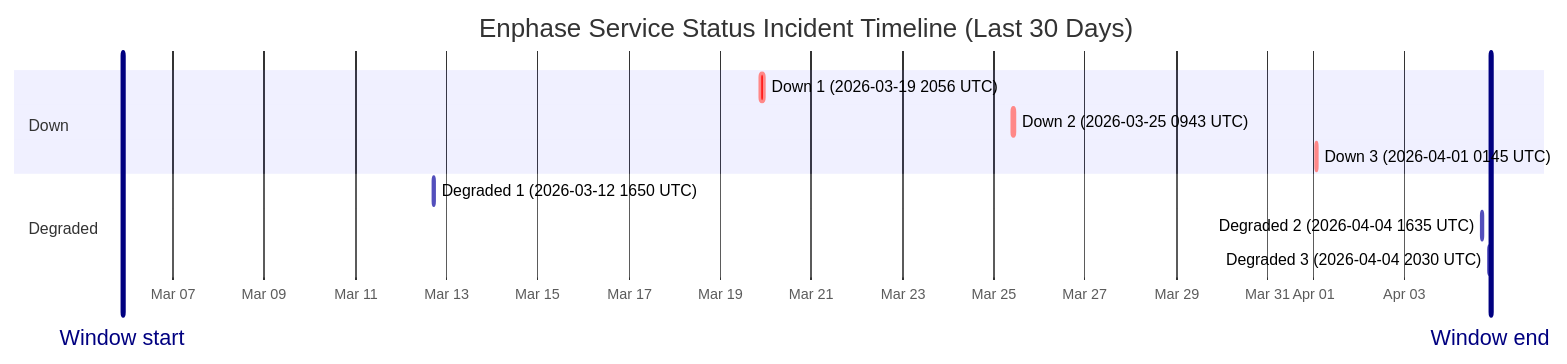
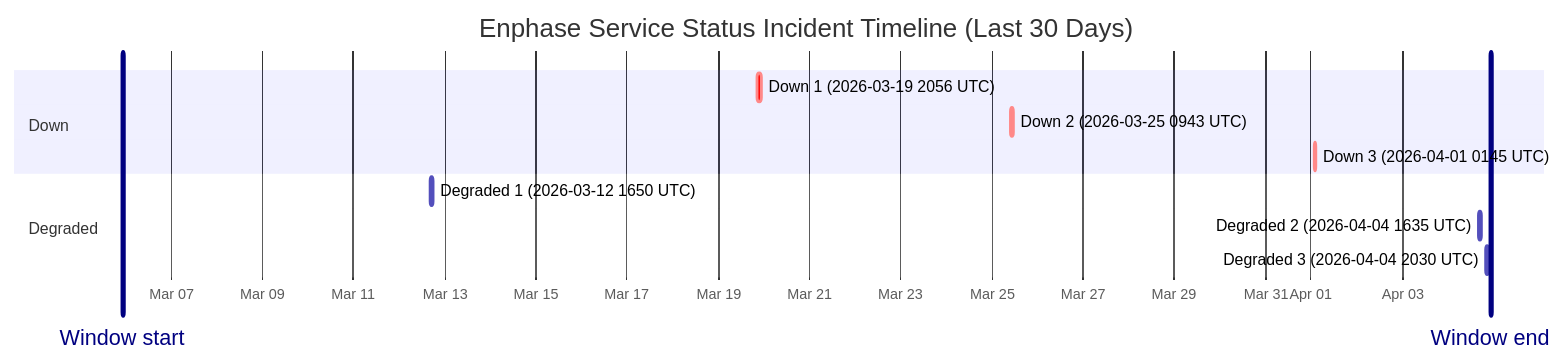
The diagram in wiki/Service-Status-History.md (barneyonline/ha-enphase-ev-charger), drawn with Mermaid before and after one commit. The commit also changed other lines of this file and 3 other files, not shown here.

````diff
--- a/wiki/Service-Status-History.md
+++ b/wiki/Service-Status-History.md
@@ -14,16 +14,16 @@
 ```mermaid
 gantt
     title Enphase Service Status Incident Timeline (Last 30 Days)
     dateFormat  YYYY-MM-DDTHH:mm:ss
     axisFormat  %b %d
-    Window start :vert, window-start, 2026-03-05T21:30:29, 0ms
-    Window end :vert, window-end, 2026-04-04T21:30:29, 0ms
+    Window start :vert, window-start, 2026-03-05T22:28:49, 0ms
+    Window end :vert, window-end, 2026-04-04T22:28:49, 0ms
     section Down
     Down 1 (2026-03-19 2056 UTC) :crit, down-1, 2026-03-19T20:56:20, 145m
     Down 2 (2026-03-25 0943 UTC) :crit, down-2, 2026-03-25T09:43:28, 111m
     Down 3 (2026-04-01 0145 UTC) :crit, down-3, 2026-04-01T01:45:09, 60m
     section Degraded
     Degraded 1 (2026-03-12 1650 UTC) :active, degraded-1, 2026-03-12T16:50:43, 60m
     Degraded 2 (2026-04-04 1635 UTC) :active, degraded-2, 2026-04-04T16:35:17, 60m
     Degraded 3 (2026-04-04 2030 UTC) :active, degraded-3, 2026-04-04T20:30:40, 60m
 ```
````
